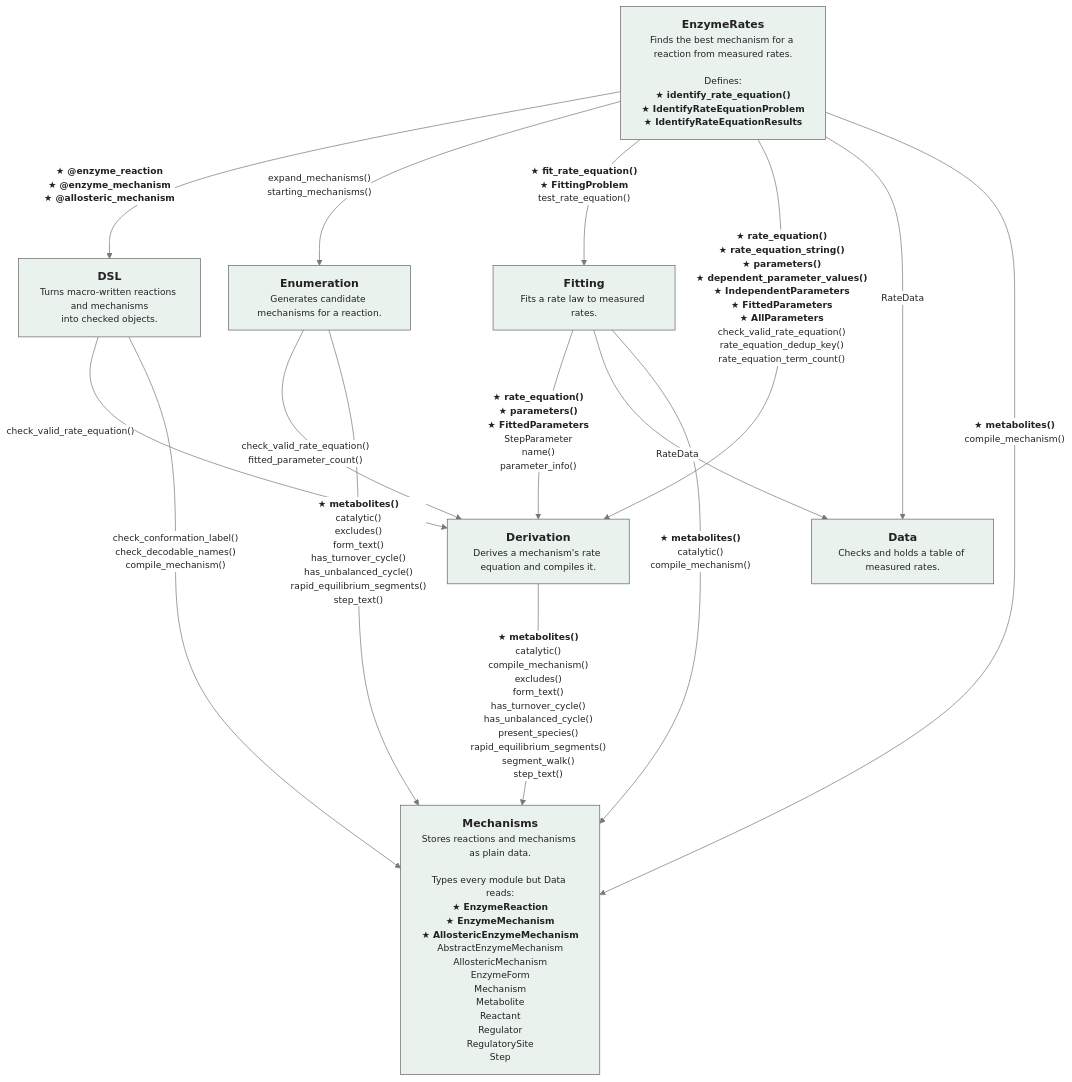
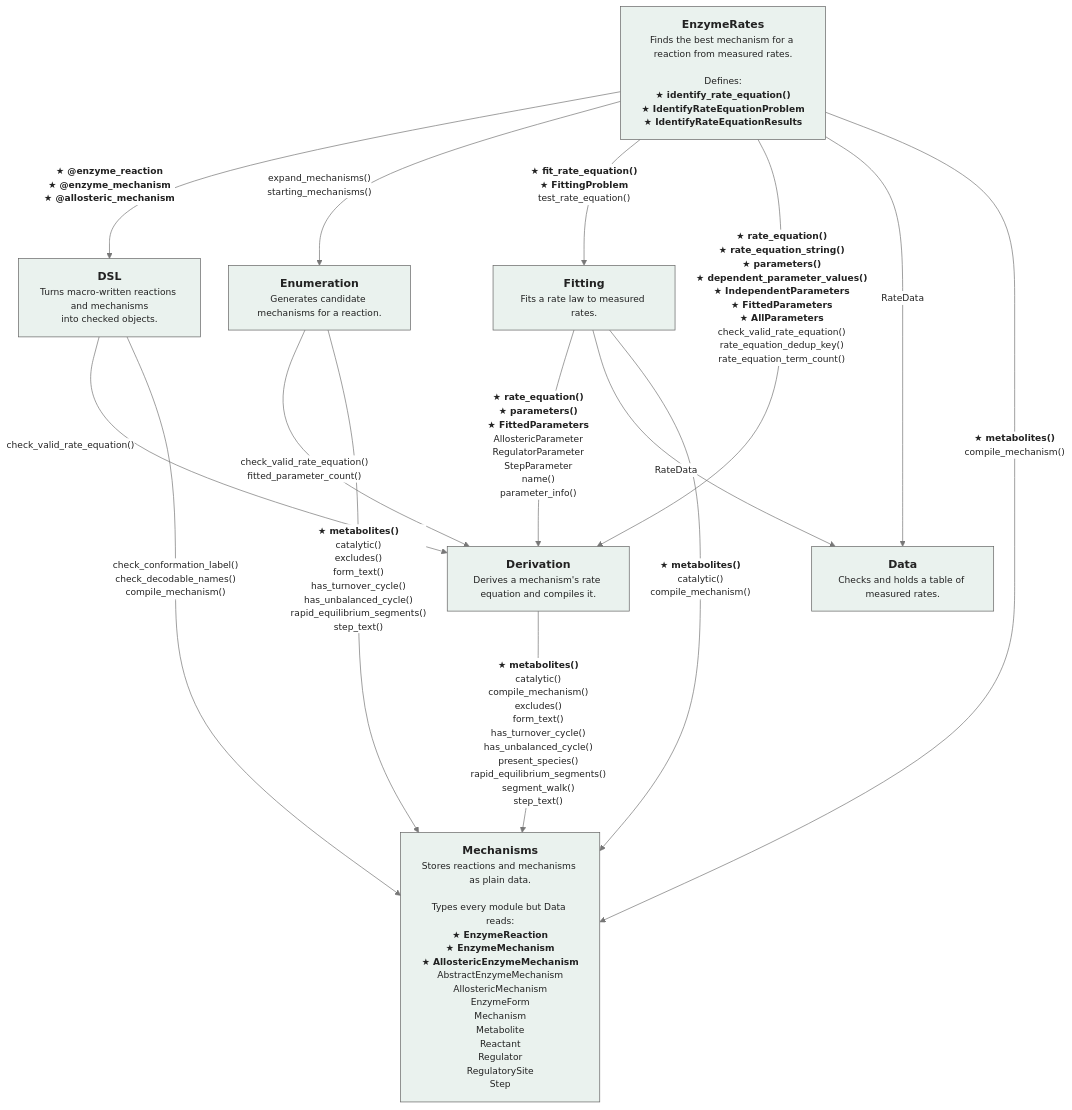
Before and after one commit to DenisTitovLab/EnzymeRates.jl: the diagram in docs/src/developer.md, drawn with Mermaid. The commit also changed other lines of this file and 4 other files, not shown here.

````diff
--- a/docs/src/developer.md
+++ b/docs/src/developer.md
@@ -24,31 +24,31 @@
 ```mermaid
 %%{init: {"theme": "base", "flowchart": {"curve": "basis", "nodeSpacing": 40, "rankSpacing": 70, "htmlLabels": true},
   "themeVariables": {"fontFamily": "Helvetica, Arial, sans-serif", "fontSize": "13px",
   "primaryColor": "#ffffff", "primaryBorderColor": "#666666", "primaryTextColor": "#222222",
   "lineColor": "#777777", "edgeLabelBackground": "#ffffff", "clusterBkg": "#eaf2ee",
   "clusterBorder": "#666666", "titleColor": "#1f4f42"}}}%%
 flowchart TB
   top["<b><big>EnzymeRates</big></b><br/>Finds the best mechanism for a reaction from measured rates.<br/><br/>Defines:<br/><b>★#nbsp;identify_rate_equation()</b><br/><b>★#nbsp;IdentifyRateEquationProblem</b><br/><b>★#nbsp;IdentifyRateEquationResults</b>"]
   dsl["<b><big>DSL</big></b><br/>Turns macro-written reactions and mechanisms<br/>into checked objects."]
   enum["<b><big>Enumeration</big></b><br/>Generates candidate mechanisms for a reaction."]
   fit["<b><big>Fitting</big></b><br/>Fits a rate law to measured rates."]
   der["<b><big>Derivation</big></b><br/>Derives a mechanism's rate equation and compiles it."]
   data["<b><big>Data</big></b><br/>Checks and holds a table of measured rates."]
   mech["<b><big>Mechanisms</big></b><br/>Stores reactions and mechanisms as plain data.<br/><br/>Types every module but Data reads:<br/><b>★#nbsp;EnzymeReaction</b><br/><b>★#nbsp;EnzymeMechanism</b><br/><b>★#nbsp;AllostericEnzymeMechanism</b><br/>AbstractEnzymeMechanism<br/>AllostericMechanism<br/>EnzymeForm<br/>Mechanism<br/>Metabolite<br/>Reactant<br/>Regulator<br/>RegulatorySite<br/>Step"]
   top -->|"<b>★#nbsp;@enzyme_reaction</b><br/><b>★#nbsp;@enzyme_mechanism</b><br/><b>★#nbsp;@allosteric_mechanism</b>"| dsl
   top -->|"expand_mechanisms()<br/>starting_mechanisms()"| enum
   top -->|"<b>★#nbsp;fit_rate_equation()</b><br/><b>★#nbsp;FittingProblem</b><br/>test_rate_equation()"| fit
   top -->|"<b>★#nbsp;rate_equation()</b><br/><b>★#nbsp;rate_equation_string()</b><br/><b>★#nbsp;parameters()</b><br/><b>★#nbsp;dependent_parameter_values()</b><br/><b>★#nbsp;IndependentParameters</b><br/><b>★#nbsp;FittedParameters</b><br/><b>★#nbsp;AllParameters</b><br/>check_valid_rate_equation()<br/>rate_equation_dedup_key()<br/>rate_equation_term_count()"| der
   top -->|"RateData"| data
   top -->|"<b>★#nbsp;metabolites()</b><br/>compile_mechanism()"| mech
   dsl -->|"check_valid_rate_equation()"| der
   dsl -->|"check_conformation_label()<br/>check_decodable_names()<br/>compile_mechanism()"| mech
   enum -->|"check_valid_rate_equation()<br/>fitted_parameter_count()"| der
   enum -->|"<b>★#nbsp;metabolites()</b><br/>catalytic()<br/>excludes()<br/>form_text()<br/>has_turnover_cycle()<br/>has_unbalanced_cycle()<br/>rapid_equilibrium_segments()<br/>step_text()"| mech
-  fit -->|"<b>★#nbsp;rate_equation()</b><br/><b>★#nbsp;parameters()</b><br/><b>★#nbsp;FittedParameters</b><br/>StepParameter<br/>name()<br/>parameter_info()"| der
+  fit -->|"<b>★#nbsp;rate_equation()</b><br/><b>★#nbsp;parameters()</b><br/><b>★#nbsp;FittedParameters</b><br/>AllostericParameter<br/>RegulatorParameter<br/>StepParameter<br/>name()<br/>parameter_info()"| der
   fit -->|"RateData"| data
   fit -->|"<b>★#nbsp;metabolites()</b><br/>catalytic()<br/>compile_mechanism()"| mech
   der -->|"<b>★#nbsp;metabolites()</b><br/>catalytic()<br/>compile_mechanism()<br/>excludes()<br/>form_text()<br/>has_turnover_cycle()<br/>has_unbalanced_cycle()<br/>present_species()<br/>rapid_equilibrium_segments()<br/>segment_walk()<br/>step_text()"| mech
   classDef mod fill:#eaf2ee,stroke:#666666,color:#222222;
   class top,dsl,enum,fit,der,data,mech mod;
 ```
````
